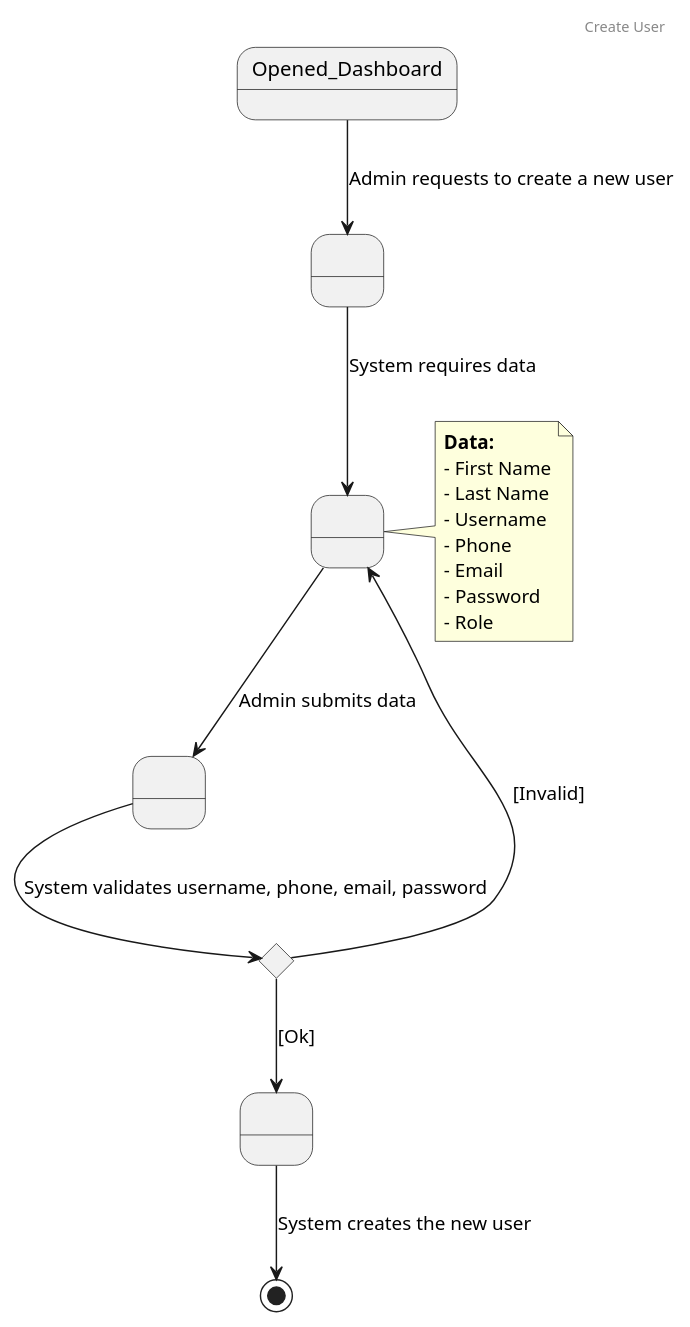
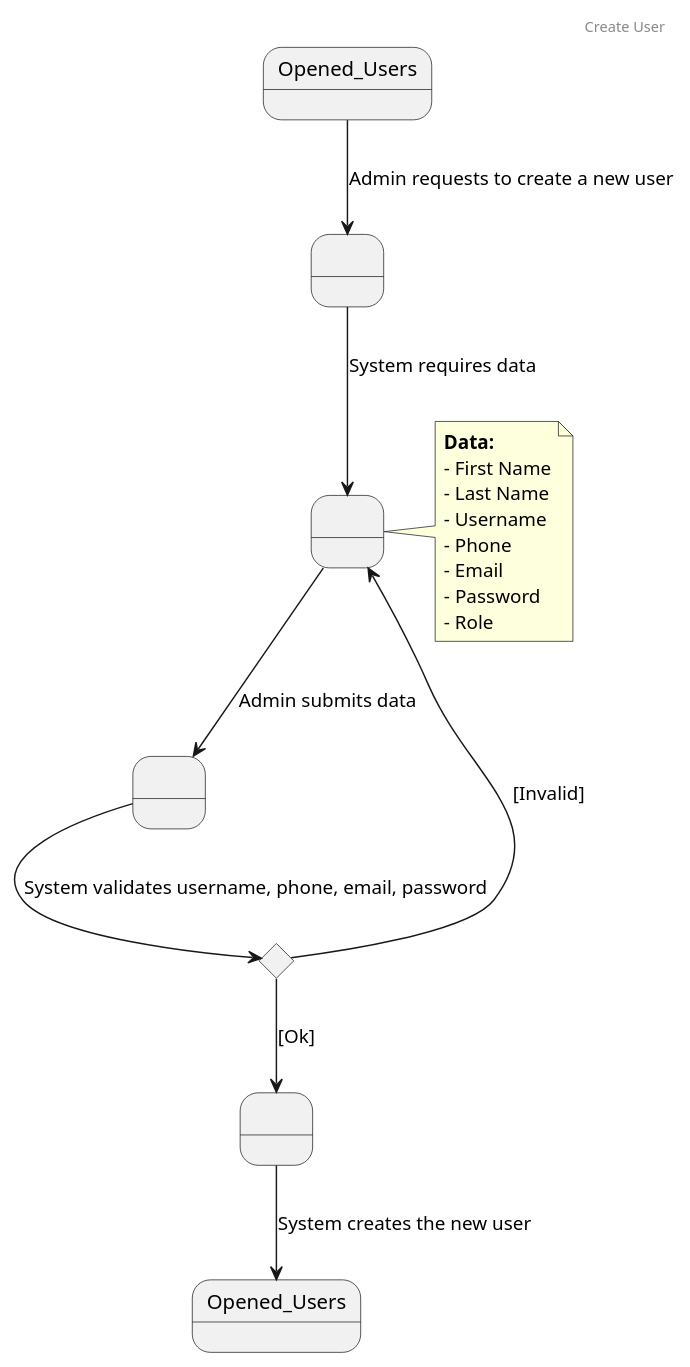
The diagram in src/main/resources/templates/useCases/especificacionesCasosDeUso/createUser.plantuml (rafaelacirino/miw-backend-foro), drawn with PlantUML before and after one commit. The commit also changed 9 other files, not shown here.

Commit message:
update diagrams

```diff
--- a/src/main/resources/templates/useCases/especificacionesCasosDeUso/createUser.plantuml
+++ b/src/main/resources/templates/useCases/especificacionesCasosDeUso/createUser.plantuml
@@ -1,35 +1,36 @@
 @startuml
 
 header Create User
 
 state " " as s1
 state " " as s2
 state " " as s3
 state " " as s4
+state "Opened_Users" as s5
 state "Decision" as Decision <<choice>>
 
-Opened_Dashboard --> s1 : Admin requests to create a new user
+Opened_Users --> s1 : Admin requests to create a new user
 
 s1 --> s2 : System requires data
 
 note right of s2
 <b>Data:</b>
 - First Name
 - Last Name
 - Username
 - Phone
 - Email
 - Password
 - Role
 end note
 
 s2 --> s3 : Admin submits data
 
 s3 --> Decision : System validates username, phone, email, password
 
 Decision --> s2 : [Invalid]
 Decision --> s4 : [Ok]
 
-s4 --> [*] : System creates the new user
+s4 --> s5 : System creates the new user
 
 @enduml
```
